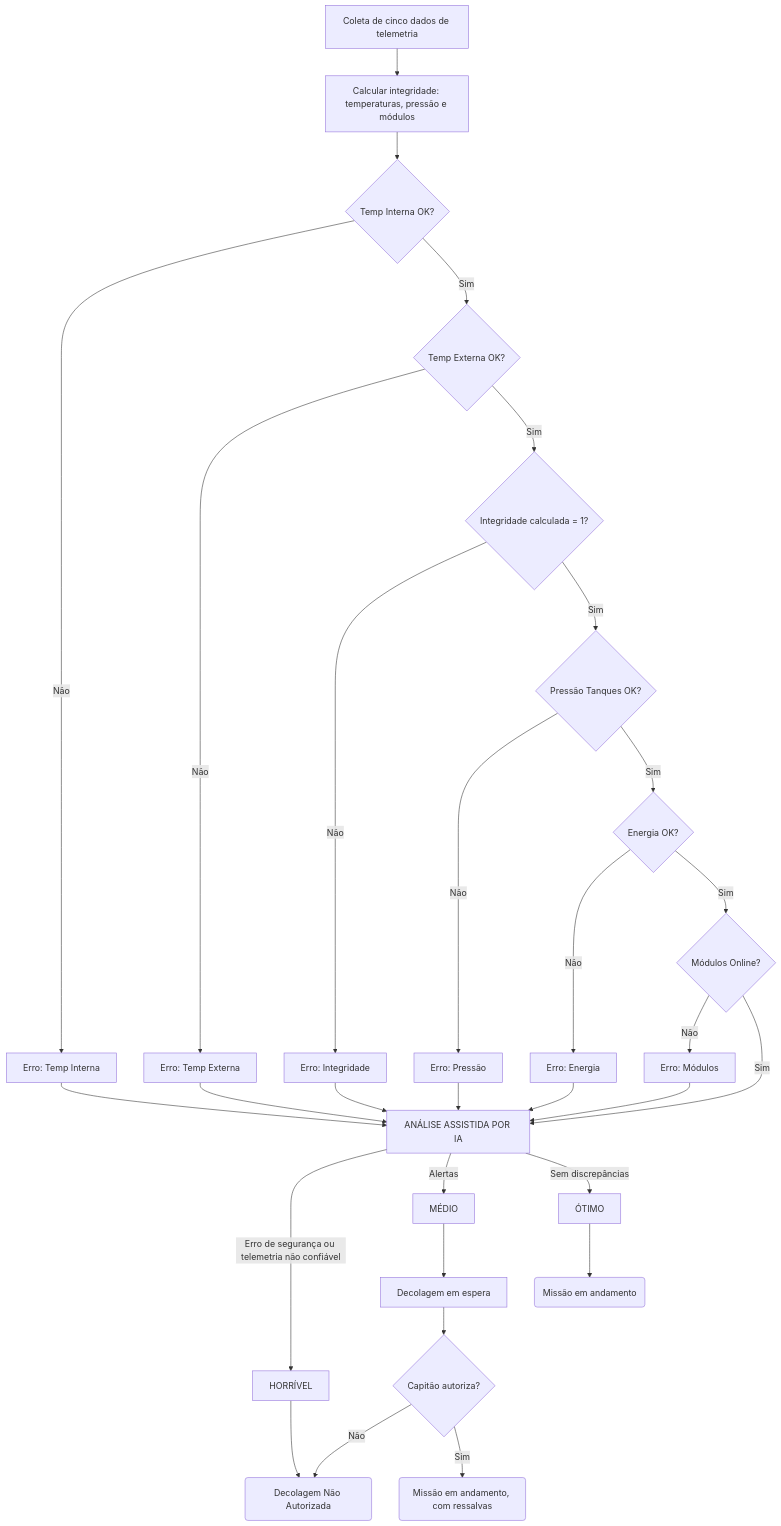
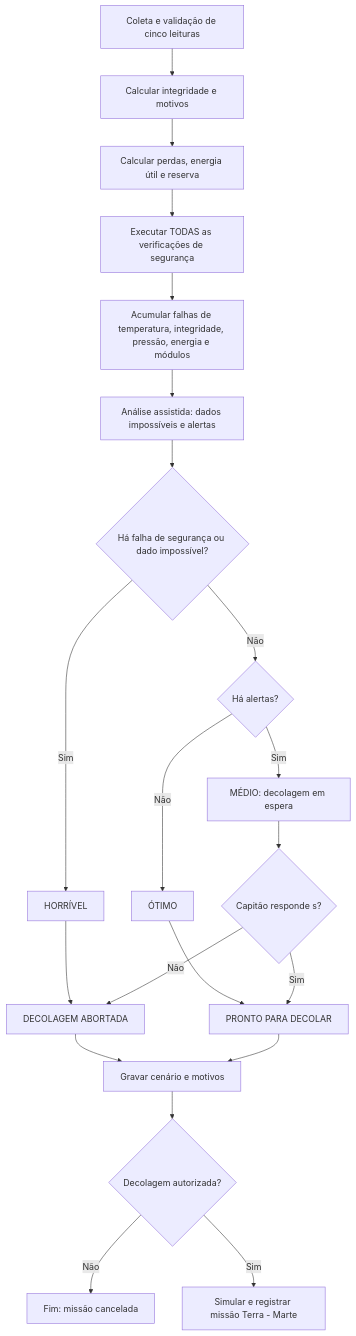
Before and after one commit to MRC888/Aurora-PBL-FIAP: the diagram in README.md, drawn with Mermaid. The commit also changed other lines of this file and 26 other files, not shown here.

First line of the commit message:
Revisa fluxo e registra motivos de bloqueio e decisão do capitão

````diff
--- a/README.md
+++ b/README.md
@@ -122,41 +122,23 @@
 ```mermaid
 graph TD
-    A[Coleta de cinco dados de telemetria] --> AUTO[Calcular integridade: temperaturas, pressão e módulos]
-    AUTO --> B{Temp Interna OK?}
-
-    B -- Não --> C[Erro: Temp Interna]
-    B -- Sim --> D{Temp Externa OK?}
-
-    D -- Não --> F[Erro: Temp Externa]
-    D -- Sim --> G{Integridade calculada = 1?}
-
-    G -- Não --> H[Erro: Integridade]
-    G -- Sim --> I{Pressão Tanques OK?}
-
-    I -- Não --> J[Erro: Pressão]
-    I -- Sim --> K{Energia OK?}
-
-    K -- Não --> L[Erro: Energia]
-    K -- Sim --> M{Módulos Online?}
-
-    M -- Não --> N[Erro: Módulos]
-    M -- Sim --> IA[ANÁLISE ASSISTIDA POR IA]
-
-    C --> IA
-    F --> IA
-    H --> IA
-    J --> IA
-    L --> IA
-    N --> IA
-
-    IA -- Erro de segurança ou telemetria não confiável --> P1[HORRÍVEL]
-    IA -- Alertas --> P2[MÉDIO]
-    IA -- Sem discrepâncias --> P3[ÓTIMO]
-
-    P1 --> E(Decolagem Não Autorizada)
-    P2 --> Q[Decolagem em espera]
-    Q --> CAP{Capitão autoriza?}
-    CAP -- Não --> E
-    CAP -- Sim --> R2(Missão em andamento, com ressalvas)
-    P3 --> R3(Missão em andamento)
+    A[Coleta e validação de cinco leituras] --> B[Calcular integridade e motivos]
+    B --> EN[Calcular perdas, energia útil e reserva]
+    EN --> C[Executar TODAS as verificações de segurança]
+    C --> D[Acumular falhas de temperatura, integridade, pressão, energia e módulos]
+    D --> IA[Análise assistida: dados impossíveis e alertas]
+    IA --> F{Há falha de segurança ou dado impossível?}
+    F -- Sim --> H[HORRÍVEL]
+    H --> AB[DECOLAGEM ABORTADA]
+    F -- Não --> Q{Há alertas?}
+    Q -- Não --> O[ÓTIMO]
+    O --> OK[PRONTO PARA DECOLAR]
+    Q -- Sim --> M[MÉDIO: decolagem em espera]
+    M --> CAP{Capitão responde s?}
+    CAP -- Não --> AB
+    CAP -- Sim --> OK
+    AB --> R[Gravar cenário e motivos]
+    OK --> R
+    R --> V{Decolagem autorizada?}
+    V -- Não --> FIM[Fim: missão cancelada]
+    V -- Sim --> MIS[Simular e registrar missão Terra - Marte]
 ```
````
